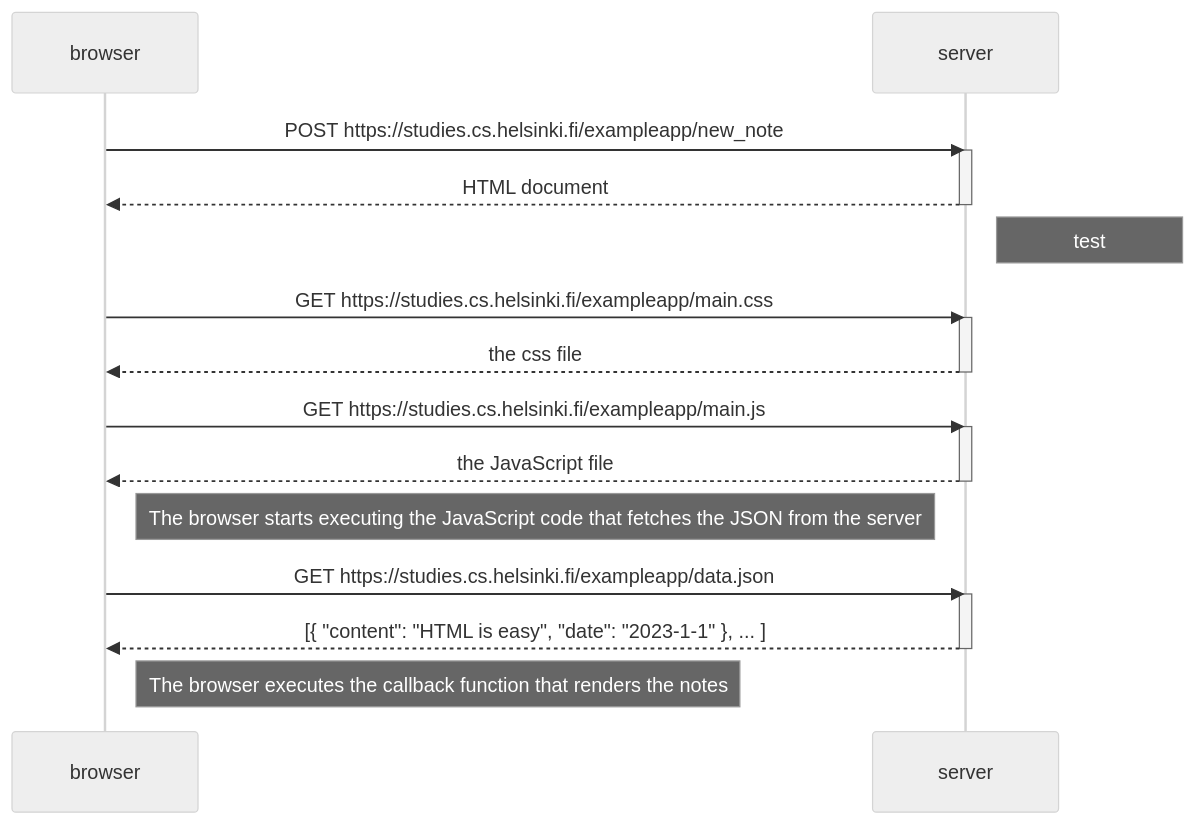
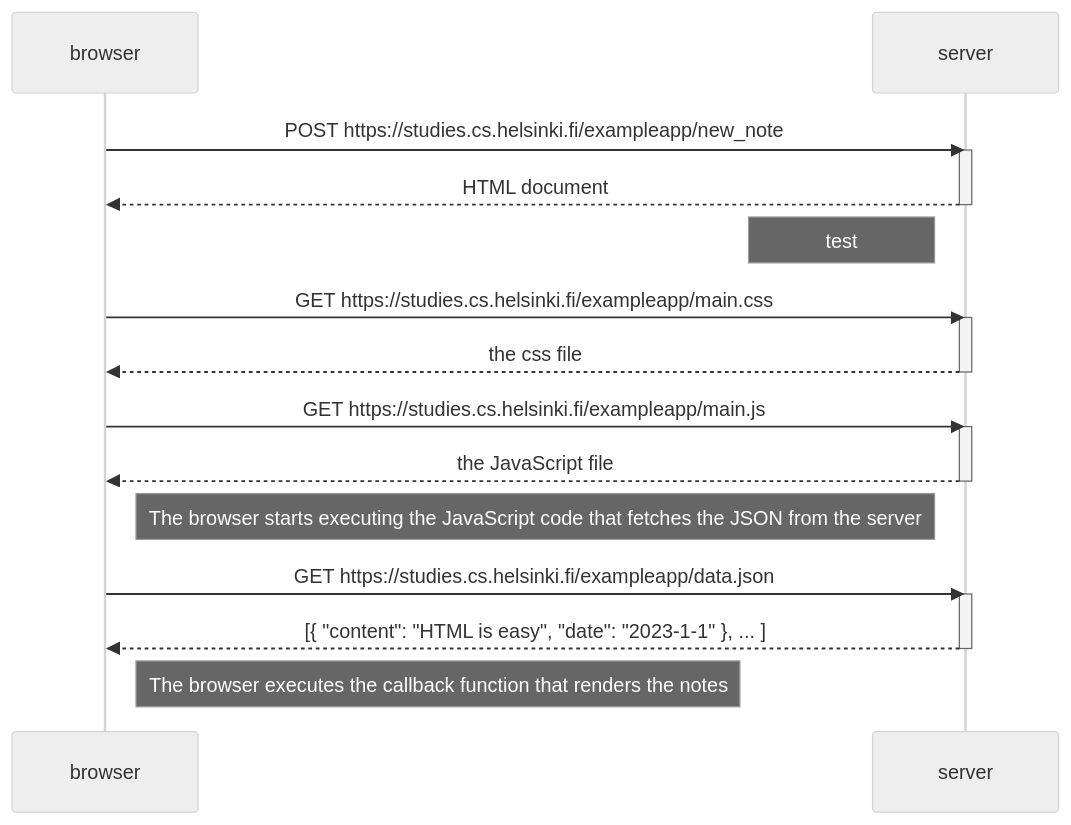
One commit to KaomN/full_stack_open changed the diagram in part0/04/new_note_diagram.md. Above: the diagram before and after it, drawn with Mermaid (neutral theme).

````diff
--- a/part0/04/new_note_diagram.md
+++ b/part0/04/new_note_diagram.md
@@ -1,30 +1,30 @@
 ```mermaid
 sequenceDiagram
 	participant browser
 	participant server
 	
 	browser->>server: POST https://studies.cs.helsinki.fi/exampleapp/new_note
 	activate server
 	server-->>browser: HTML document
 	deactivate server
-	Note right of server: test
+	Note left of server: test
 	
 	browser->>server: GET https://studies.cs.helsinki.fi/exampleapp/main.css
 	activate server
 	server-->>browser: the css file
 	deactivate server
 	
 	browser->>server: GET https://studies.cs.helsinki.fi/exampleapp/main.js
 	activate server
 	server-->>browser: the JavaScript file
 	deactivate server
 	
 	Note right of browser: The browser starts executing the JavaScript code that fetches the JSON from the server
 	
 	browser->>server: GET https://studies.cs.helsinki.fi/exampleapp/data.json
 	activate server
 	server-->>browser: [{ "content": "HTML is easy", "date": "2023-1-1" }, ... ]
 	deactivate server    
 
 	Note right of browser: The browser executes the callback function that renders the notes 
 ```
````
